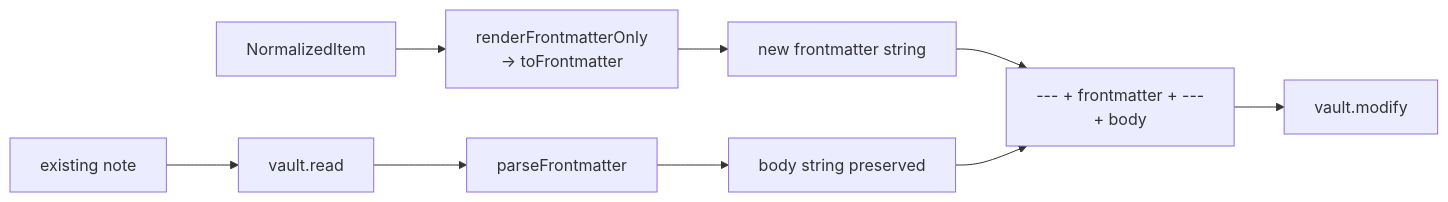
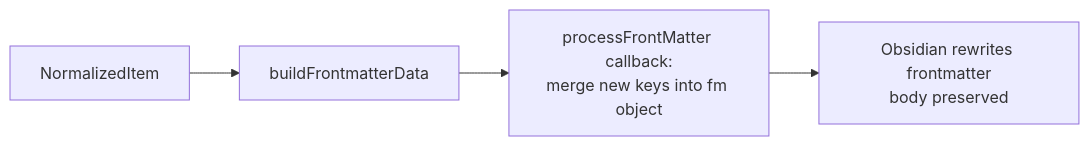
Diagram 15 of 16 in doc/DEVELOPER.md (sarimabbas/traktr), drawn with Mermaid before and after one commit. The commit also changed other lines of this file and 6 other files, not shown here.

````diff
--- a/doc/DEVELOPER.md
+++ b/doc/DEVELOPER.md
@@ -396,11 +400,6 @@
 ```mermaid
 flowchart LR
-    FILE[existing note] --> READ[vault.read]
-    READ --> PARSE[parseFrontmatter]
-    PARSE --> BODY[body string preserved]
-    ITEM[NormalizedItem] --> FMONLY[renderFrontmatterOnly\n→ toFrontmatter]
-    FMONLY --> NEWFM[new frontmatter string]
-    NEWFM --> JOIN["--- + frontmatter + ---\n+ body"]
-    BODY --> JOIN
-    JOIN --> WRITE[vault.modify]
+    ITEM[NormalizedItem] --> BFM[buildFrontmatterData]
+    BFM --> MERGE["processFrontMatter callback:\nmerge new keys into fm object"]
+    MERGE --> OBS[Obsidian rewrites frontmatter\nbody preserved]
 ```
````
